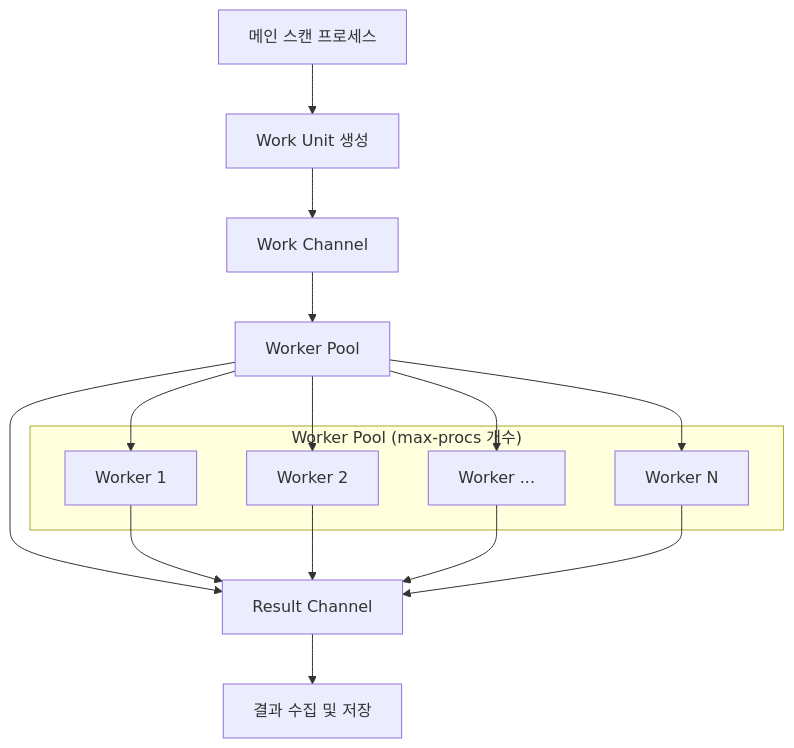
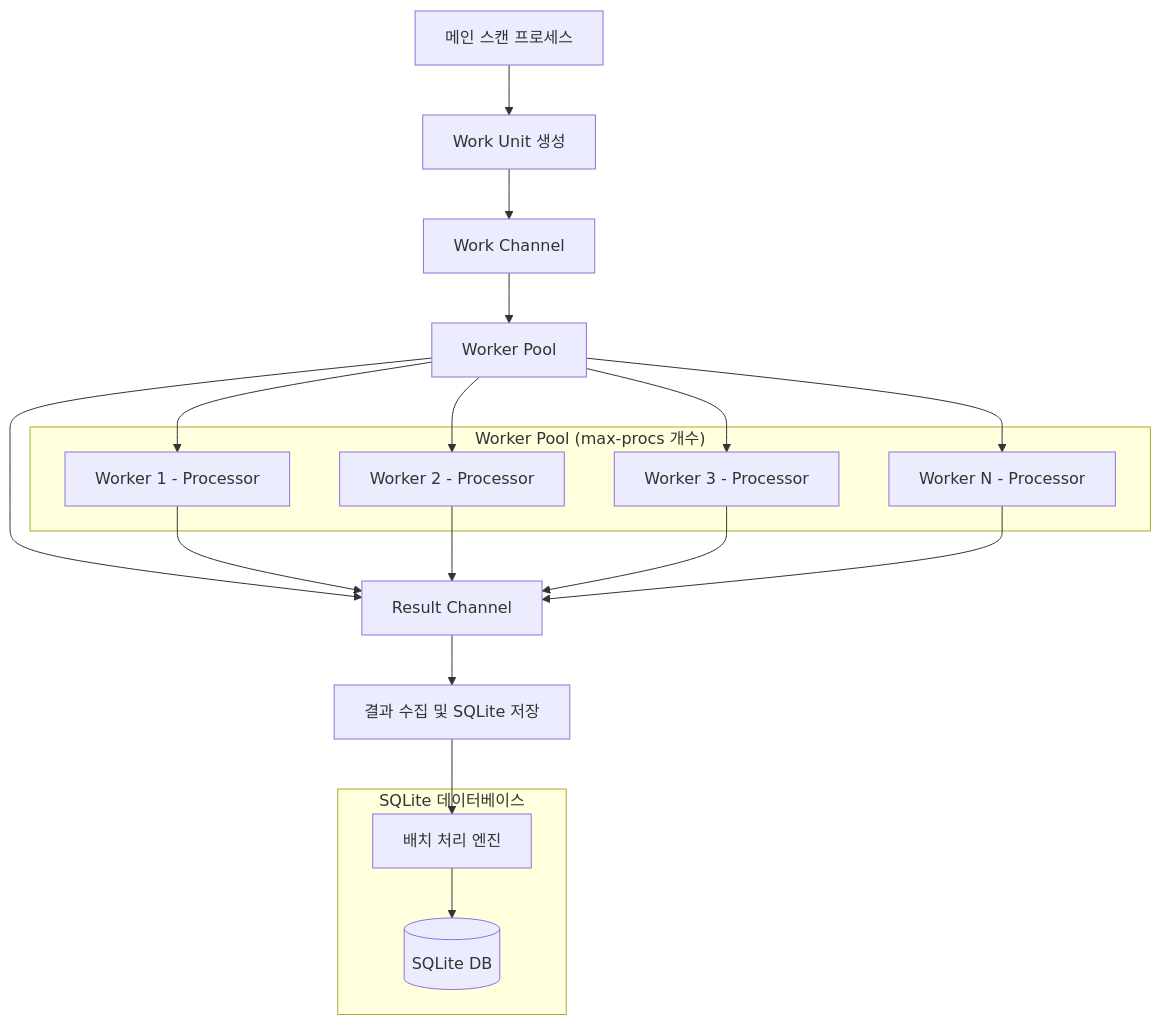
One commit to kkprj/disk_usage_exporter changed the first of 4 diagrams in WORKER_POOL_ARCHITECTURE.md. Above: the diagram before and after it, drawn with Mermaid. The commit also changed other lines of this file and 27 other files, not shown here.

````diff
--- a/WORKER_POOL_ARCHITECTURE.md
+++ b/WORKER_POOL_ARCHITECTURE.md
@@ -18,25 +19,33 @@
 ```mermaid
 graph TD
     A[메인 스캔 프로세스] --> B[Work Unit 생성]
     B --> C[Work Channel]
     C --> D[Worker Pool]
     D --> E[Result Channel]
-    E --> F[결과 수집 및 저장]
+    E --> F[결과 수집 및 SQLite 저장]
     
     subgraph "Worker Pool (max-procs 개수)"
-        W1[Worker 1]
-        W2[Worker 2]
-        W3[Worker ...]
-        WN[Worker N]
+        W1[Worker 1 - Processor]
+        W2[Worker 2 - Processor]
+        W3[Worker 3 - Processor]
+        WN[Worker N - Processor]
+    end
+    
+    subgraph "SQLite 데이터베이스"
+        DB[(SQLite DB)]
+        BATCH[배치 처리 엔진]
     end
     
     D --> W1
     D --> W2
     D --> W3
     D --> WN
     
     W1 --> E
     W2 --> E
     W3 --> E
     WN --> E
+    
+    F --> BATCH
+    BATCH --> DB
 ```
````
